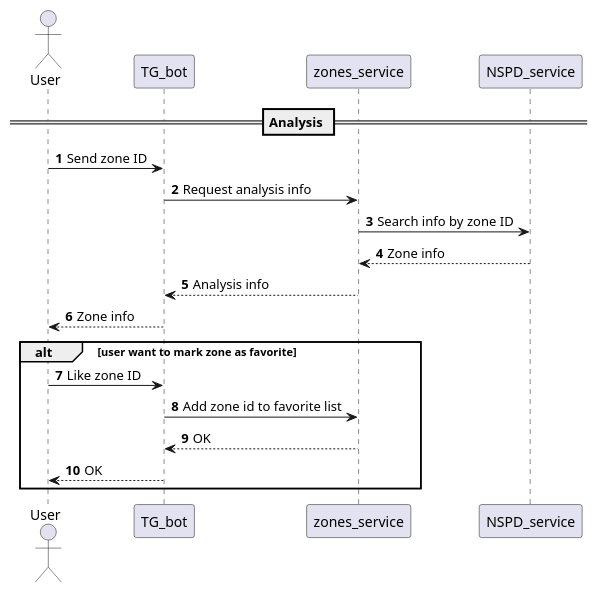
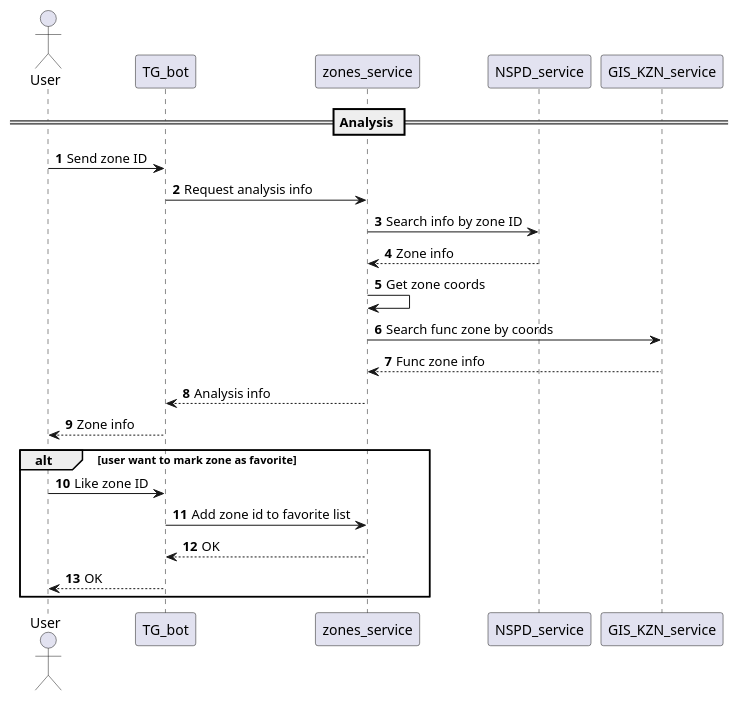
One commit to lPeresvet/Avtors-Bot changed the diagram in doc/sequence/analysis.puml. Above: the diagram before and after it, drawn with PlantUML. The commit also changed 16 other files, not shown here.

```diff
--- a/doc/sequence/analysis.puml
+++ b/doc/sequence/analysis.puml
@@ -1,24 +1,27 @@
 @startuml
 'https://plantuml.com/sequence-diagram
 
 autonumber
 
 actor User
 
 == Analysis ==
 
 User -> TG_bot: Send zone ID
 TG_bot -> zones_service: Request analysis info
 zones_service -> NSPD_service: Search info by zone ID
 NSPD_service --> zones_service: Zone info
+zones_service -> zones_service: Get zone coords
+zones_service -> GIS_KZN_service: Search func zone by coords
+GIS_KZN_service --> zones_service: Func zone info
 zones_service --> TG_bot: Analysis info
 TG_bot --> User: Zone info
 
 alt user want to mark zone as favorite
 User -> TG_bot: Like zone ID
 TG_bot -> zones_service: Add zone id to favorite list
 zones_service --> TG_bot: OK
 TG_bot --> User: OK
 end
 
 @enduml
```
